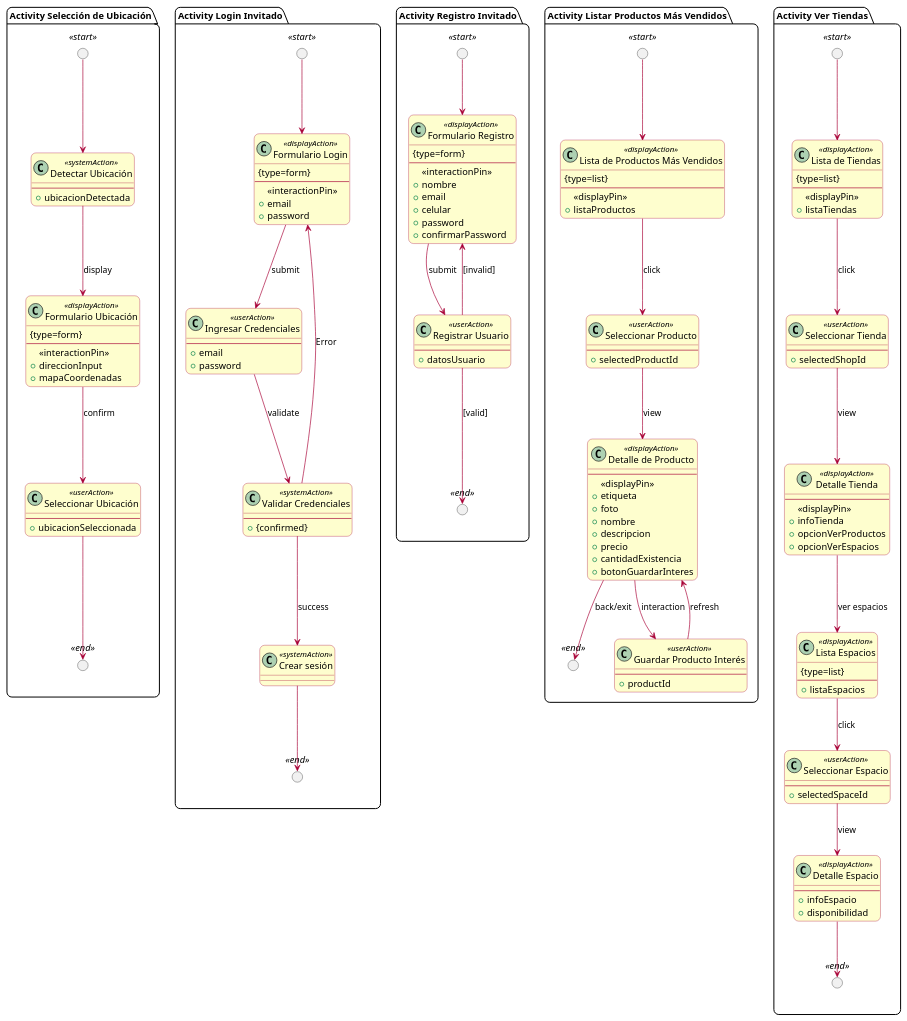
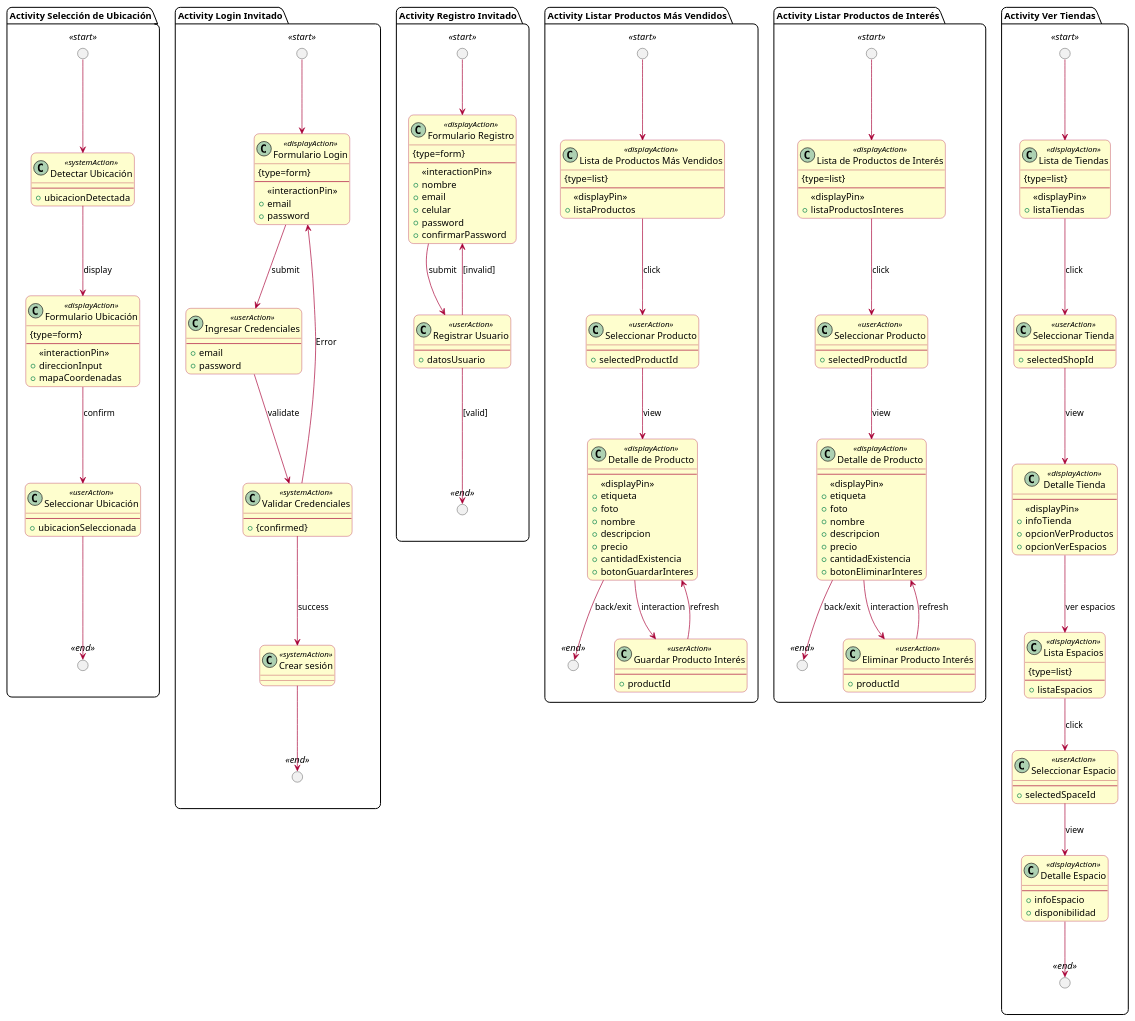
Before and after one commit to AtomicDevelopers/UWE-Tienda-Colectiva: the diagram in Requirements Model/Activites/guest_user_activites.puml, drawn with PlantUML. The commit also changed 1 other file, not shown here.

Commit message:
Feat: mejora actividad y caso de uso: listar producto de interes

```diff
--- a/Requirements Model/Activites/guest_user_activites.puml
+++ b/Requirements Model/Activites/guest_user_activites.puml
@@ -146,6 +146,50 @@
   Prod_Detail --> Prod_End : back/exit
 }
 
+' Listar Productos de Interés
+package "Activity Listar Productos de Interés" {
+  circle " " as Interest_Start <<start>>
+  circle " " as Interest_End <<end>>
+
+  class "Lista de Productos de Interés" as Interest_List <<displayAction>> {
+    {type=list}
+    --
+    <<displayPin>>
+    + listaProductosInteres
+  }
+
+  class "Seleccionar Producto" as Interest_Select <<userAction>> {
+    --
+    + selectedProductId
+  }
+
+  class "Detalle de Producto" as Interest_Detail <<displayAction>> {
+    --
+    <<displayPin>>
+    + etiqueta
+    + foto
+    + nombre
+    + descripcion
+    + precio
+    + cantidadExistencia
+    + botonEliminarInteres
+  }
+
+  class "Eliminar Producto Interés" as Interest_Remove <<userAction>> {
+    --
+    + productId
+  }
+
+  Interest_Start --> Interest_List
+  Interest_List --> Interest_Select : click
+  Interest_Select --> Interest_Detail : view
+  
+  Interest_Detail --> Interest_Remove : interaction
+  Interest_Remove --> Interest_Detail : refresh
+  
+  Interest_Detail --> Interest_End : back/exit
+}
+
 ' 4. Ver Tiendas (Tiendas -> Espacios/Productos)
 package "Activity Ver Tiendas" {
   circle " " as Shop_Start <<start>>
```
